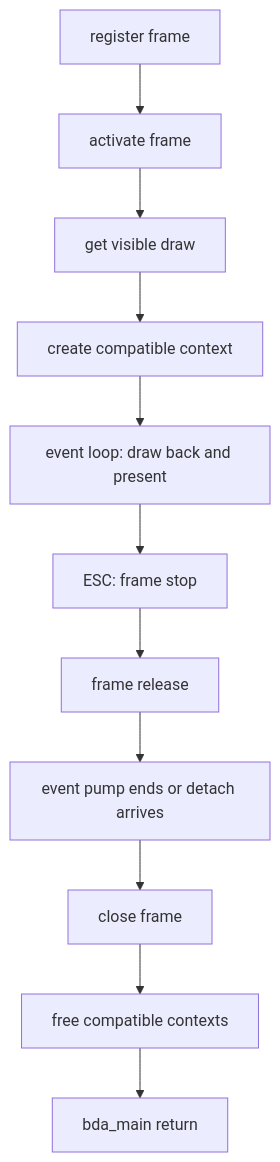
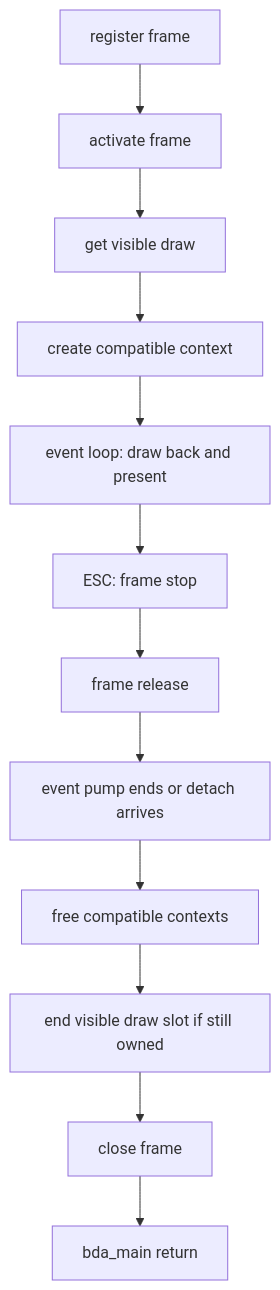
Before and after one commit to HelloClyde/bbk9588-bda-sdk: the second of 2 diagrams in docs/verified/game_rendering_api.md, drawn with Mermaid. The commit also changed other lines of this file and 19 other files, not shown here.

````diff
--- a/docs/verified/game_rendering_api.md
+++ b/docs/verified/game_rendering_api.md
@@ -200,13 +204,14 @@
 ```mermaid
 flowchart TD
     A["register frame"] --> B["activate frame"]
     B --> C["get visible draw"]
     C --> D["create compatible context"]
     D --> E["event loop: draw back and present"]
     E --> F["ESC: frame stop"]
     F --> G["frame release"]
     G --> H["event pump ends or detach arrives"]
-    H --> I["close frame"]
-    I --> J["free compatible contexts"]
-    J --> K["bda_main return"]
+    H --> I["free compatible contexts"]
+    I --> J["end visible draw slot if still owned"]
+    J --> K["close frame"]
+    K --> L["bda_main return"]
 ```
````
